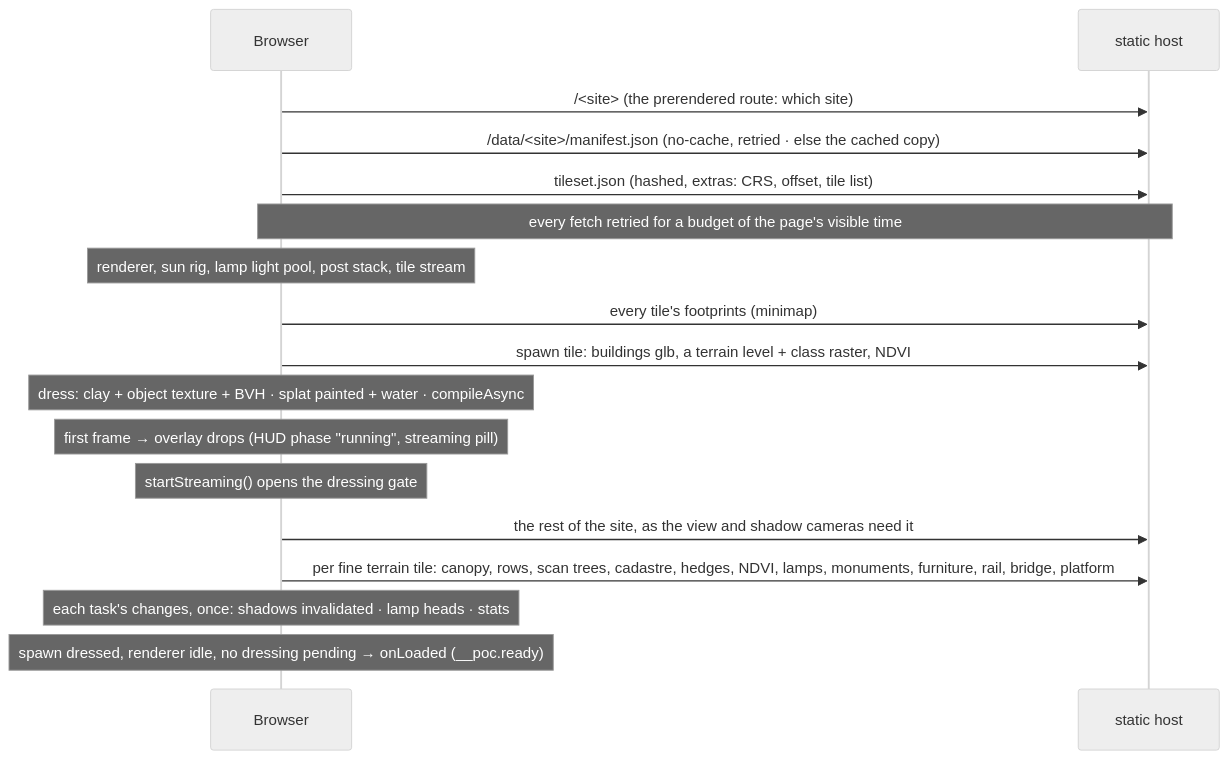
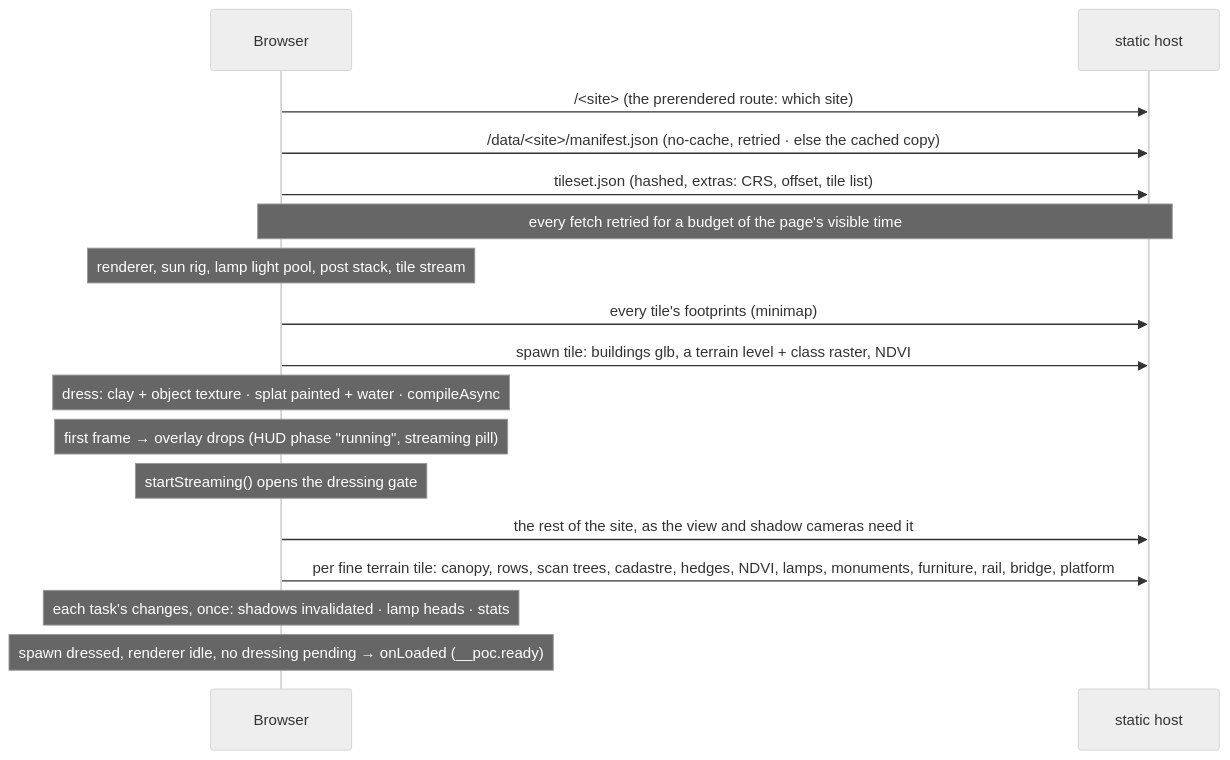
Before and after one commit to mdugue/bridge: the second of 2 diagrams in docs/rendering.md, drawn with Mermaid (neutral theme). The commit also changed other lines of this file and 12 other files, not shown here.

````diff
--- a/docs/rendering.md
+++ b/docs/rendering.md
@@ -929,19 +929,19 @@
 ```mermaid
 sequenceDiagram
   participant B as Browser
   participant S as static host
   B->>S: /<site> (the prerendered route: which site)
   B->>S: /data/<site>/manifest.json (no-cache, retried · else the cached copy)
   B->>S: tileset.json (hashed, extras: CRS, offset, tile list)
   Note over B,S: every fetch retried for a budget of the page's visible time
   Note over B: renderer, sun rig, lamp light pool, post stack, tile stream
   B->>S: every tile's footprints (minimap)
   B->>S: spawn tile: buildings glb, a terrain level + class raster, NDVI
-  Note over B: dress: clay + object texture + BVH · splat painted + water · compileAsync
+  Note over B: dress: clay + object texture · splat painted + water · compileAsync
   Note over B: first frame → overlay drops (HUD phase "running", streaming pill)
   Note over B: startStreaming() opens the dressing gate
   B->>S: the rest of the site, as the view and shadow cameras need it
   B->>S: per fine terrain tile: canopy, rows, scan trees, cadastre, hedges, NDVI, lamps, monuments, furniture, rail, bridge, platform
   Note over B: each task's changes, once: shadows invalidated · lamp heads · stats
   Note over B: spawn dressed, renderer idle, no dressing pending → onLoaded (__poc.ready)
 ```
````
